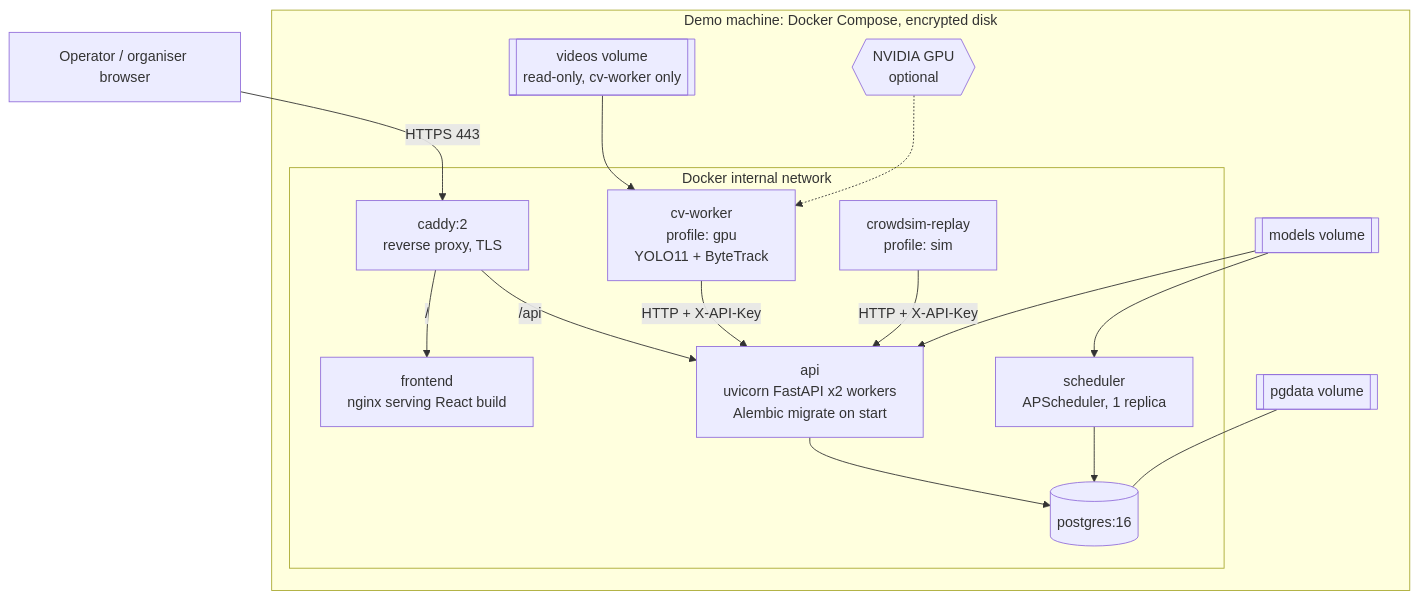
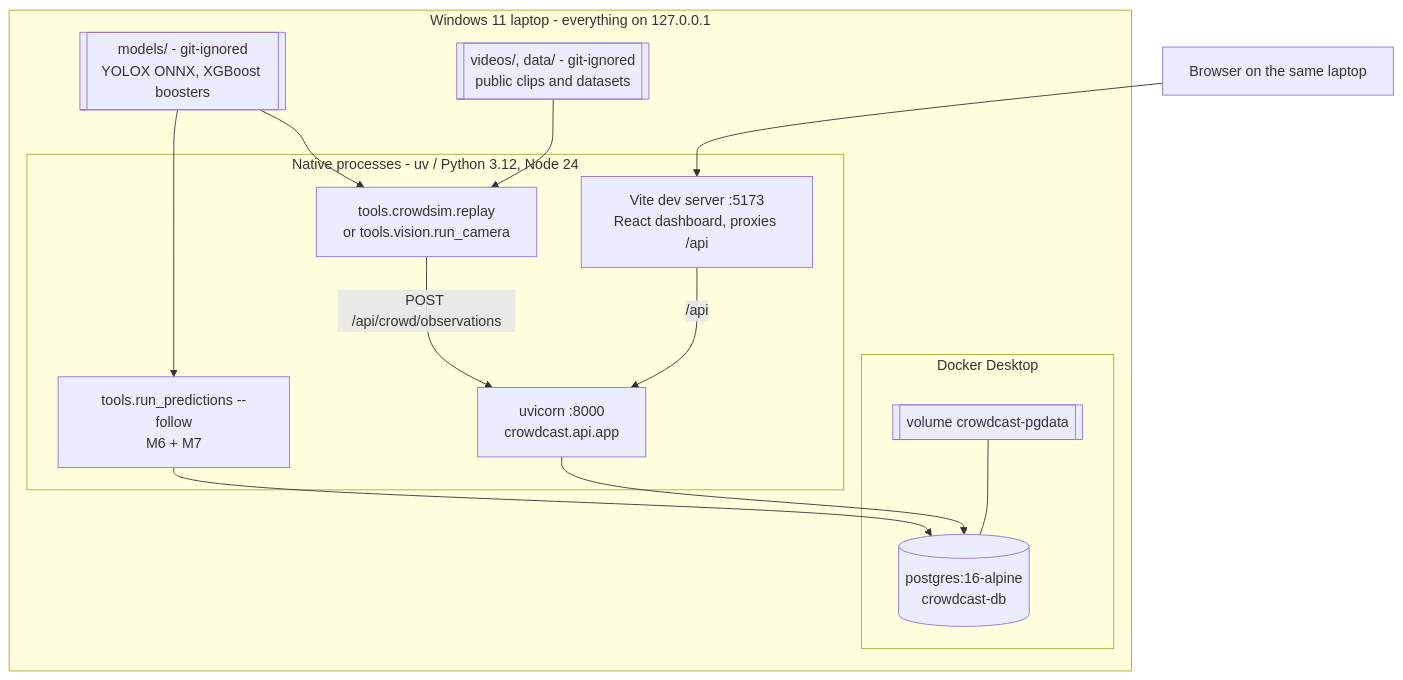
Before and after one commit to prajj267/CrowdCast: the diagram in ARCHITECTURE/deployment_architecture.mmd, drawn with Mermaid. The commit also changed 11 other files, not shown here.

First line of the commit message:
9.4: documentation audit (AUDIT_9_4.md); README, docs 07, 09, 10, 14, 15, 18 and architecture diagrams match the solo implementation

```diff
--- a/ARCHITECTURE/deployment_architecture.mmd
+++ b/ARCHITECTURE/deployment_architecture.mmd
@@ -1,33 +1,29 @@
-%% CROWDCAST — Deployment (single host, Docker Compose)
-%% Details: DOCUMENTATION/18_DEPLOYMENT_PLAN.md
+%% CROWDCAST — Deployment as implemented (one Windows laptop, CPU only)
+%% Details: DOCUMENTATION/18_DEPLOYMENT_PLAN.md (v0.2)
 flowchart TB
-  Browser[Operator / organiser browser]
+  Browser[Browser on the same laptop]
 
-  subgraph Host[Demo machine: Docker Compose, encrypted disk]
-    subgraph Net[Docker internal network]
-      RP[caddy:2<br/>reverse proxy, TLS]
-      FE[frontend<br/>nginx serving React build]
-      API[api<br/>uvicorn FastAPI x2 workers<br/>Alembic migrate on start]
-      SCH[scheduler<br/>APScheduler, 1 replica]
-      CV[cv-worker<br/>profile: gpu<br/>YOLO11 + ByteTrack]
-      SIMC[crowdsim-replay<br/>profile: sim]
-      DB[(postgres:16)]
+  subgraph Host[Windows 11 laptop - everything on 127.0.0.1]
+    subgraph Docker[Docker Desktop]
+      DB[(postgres:16-alpine<br/>crowdcast-db)]
+      PG[[volume crowdcast-pgdata]]
     end
-    VID[[videos volume<br/>read-only, cv-worker only]]
-    MOD[[models volume]]
-    PG[[pgdata volume]]
-    GPU{{NVIDIA GPU<br/>optional}}
+    subgraph Native[Native processes - uv / Python 3.12, Node 24]
+      FE[Vite dev server :5173<br/>React dashboard, proxies /api]
+      API[uvicorn :8000<br/>crowdcast.api.app]
+      CYC[tools.run_predictions --follow<br/>M6 + M7]
+      SRC[tools.crowdsim.replay<br/>or tools.vision.run_camera]
+    end
+    MOD[[models/ - git-ignored<br/>YOLOX ONNX, XGBoost boosters]]
+    VID[[videos/, data/ - git-ignored<br/>public clips and datasets]]
   end
 
-  Browser -- HTTPS 443 --> RP
-  RP -- "/" --> FE
-  RP -- "/api" --> API
+  Browser --> FE
+  FE -- "/api" --> API
   API --> DB
-  SCH --> DB
-  CV -- "HTTP + X-API-Key" --> API
-  SIMC -- "HTTP + X-API-Key" --> API
-  VID --> CV
-  MOD --> SCH
-  MOD --> API
+  CYC --> DB
+  SRC -- "POST /api/crowd/observations" --> API
   PG --- DB
-  GPU -.-> CV
+  MOD --> CYC
+  MOD --> SRC
+  VID --> SRC
```
